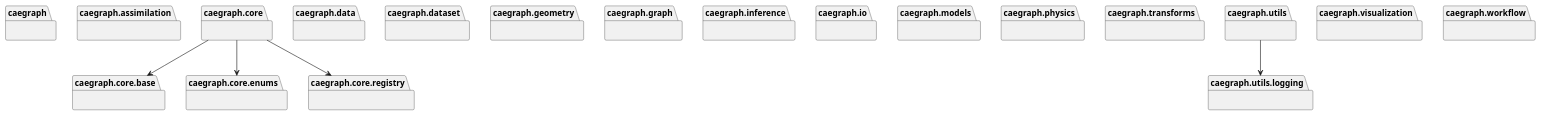
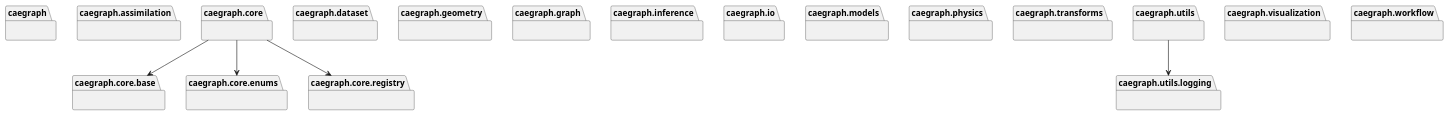
Before and after one commit to XYChouMian/caegraph: the diagram in diagrams/generated/packages_caegraph.puml, drawn with PlantUML. The commit also changed 9 other files, not shown here.

Commit message:
arch(structure): remove invented caegraph.data compatibility shim

```diff
--- a/diagrams/generated/packages_caegraph.puml
+++ b/diagrams/generated/packages_caegraph.puml
@@ -1,45 +1,43 @@
 @startuml packages_caegraph
 set namespaceSeparator none
 package "caegraph" as caegraph {
 }
 package "caegraph.assimilation" as caegraph.assimilation {
 }
 package "caegraph.core" as caegraph.core {
 }
 package "caegraph.core.base" as caegraph.core.base {
 }
 package "caegraph.core.enums" as caegraph.core.enums {
 }
 package "caegraph.core.registry" as caegraph.core.registry {
-}
-package "caegraph.data" as caegraph.data {
 }
 package "caegraph.dataset" as caegraph.dataset {
 }
 package "caegraph.geometry" as caegraph.geometry {
 }
 package "caegraph.graph" as caegraph.graph {
 }
 package "caegraph.inference" as caegraph.inference {
 }
 package "caegraph.io" as caegraph.io {
 }
 package "caegraph.models" as caegraph.models {
 }
 package "caegraph.physics" as caegraph.physics {
 }
 package "caegraph.transforms" as caegraph.transforms {
 }
 package "caegraph.utils" as caegraph.utils {
 }
 package "caegraph.utils.logging" as caegraph.utils.logging {
 }
 package "caegraph.visualization" as caegraph.visualization {
 }
 package "caegraph.workflow" as caegraph.workflow {
 }
 caegraph.core --> caegraph.core.base
 caegraph.core --> caegraph.core.enums
 caegraph.core --> caegraph.core.registry
 caegraph.utils --> caegraph.utils.logging
 @enduml
```
